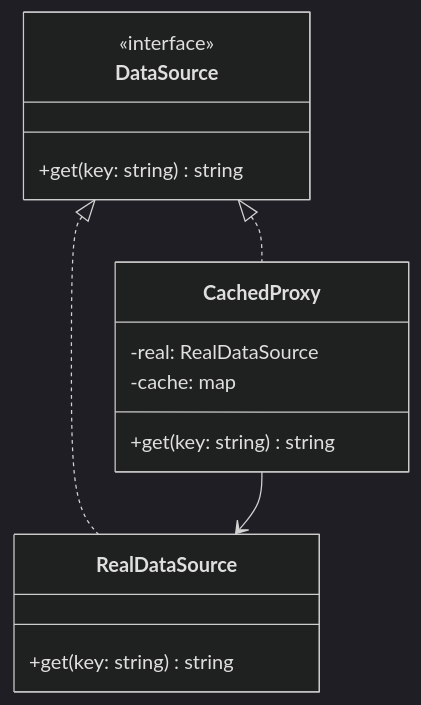
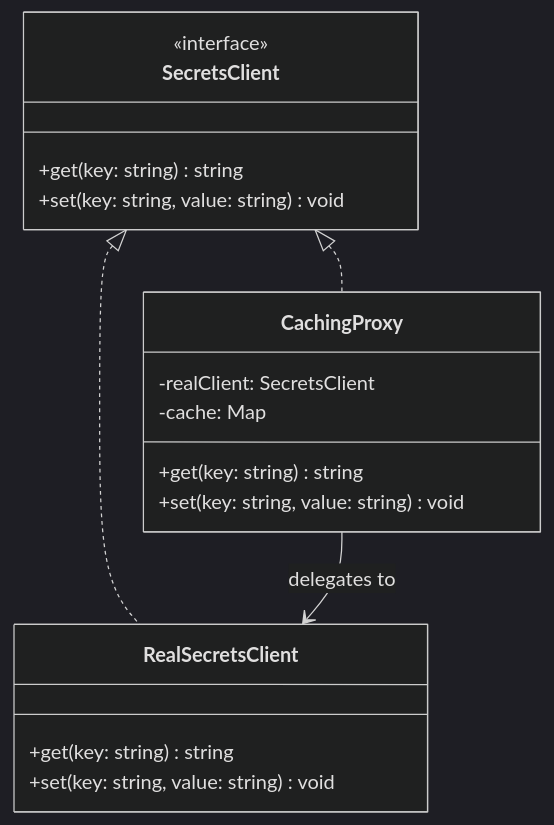
The diagram in docs/design-patterns/structural/proxy.md (shivam-g-mishra/blog), drawn with Mermaid (dark theme) before and after one commit. The commit also changed other lines of this file and 31 other files, not shown here.

````diff
--- a/docs/design-patterns/structural/proxy.md
+++ b/docs/design-patterns/structural/proxy.md
@@ -60,19 +89,24 @@
 ```mermaid
 classDiagram
-  class DataSource {
-    <<interface>>
-    +get(key: string) string
-  }
-  class RealDataSource {
-    +get(key: string) string
-  }
-  class CachedProxy {
-    -real: RealDataSource
-    -cache: map
-    +get(key: string) string
-  }
-
-  DataSource <|.. RealDataSource
-  DataSource <|.. CachedProxy
-  CachedProxy --> RealDataSource
+    class SecretsClient {
+        <<interface>>
+        +get(key: string) string
+        +set(key: string, value: string) void
+    }
+    
+    class RealSecretsClient {
+        +get(key: string) string
+        +set(key: string, value: string) void
+    }
+    
+    class CachingProxy {
+        -realClient: SecretsClient
+        -cache: Map
+        +get(key: string) string
+        +set(key: string, value: string) void
+    }
+    
+    SecretsClient <|.. RealSecretsClient
+    SecretsClient <|.. CachingProxy
+    CachingProxy --> RealSecretsClient : delegates to
 ```
````
